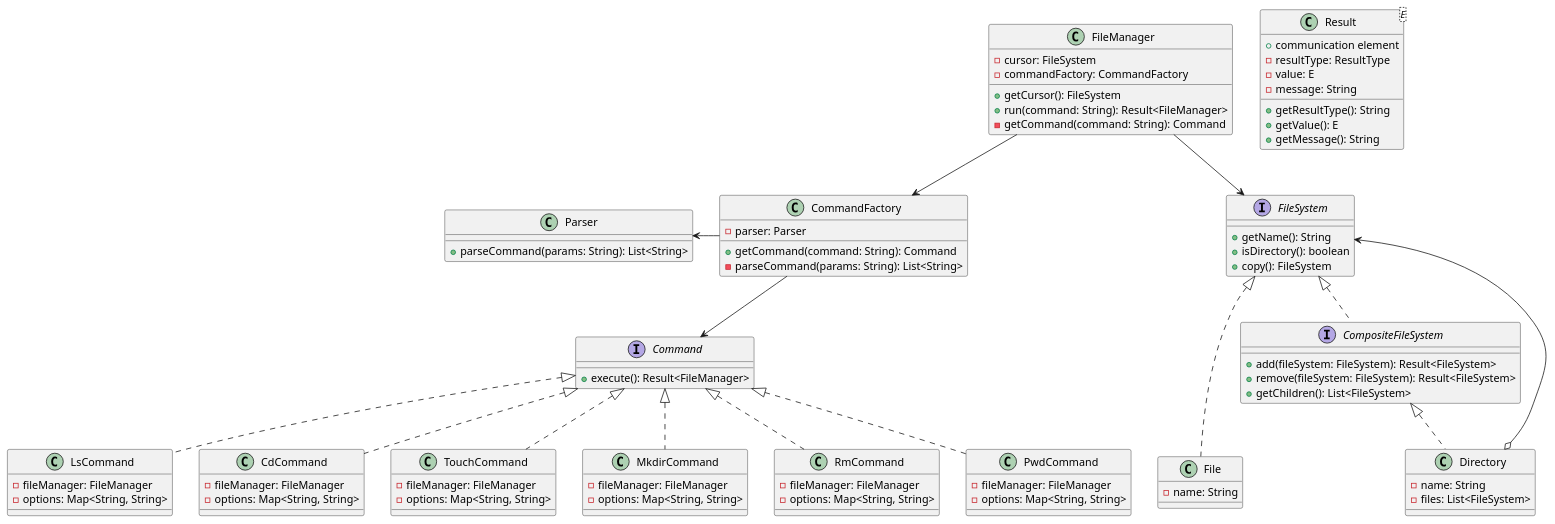
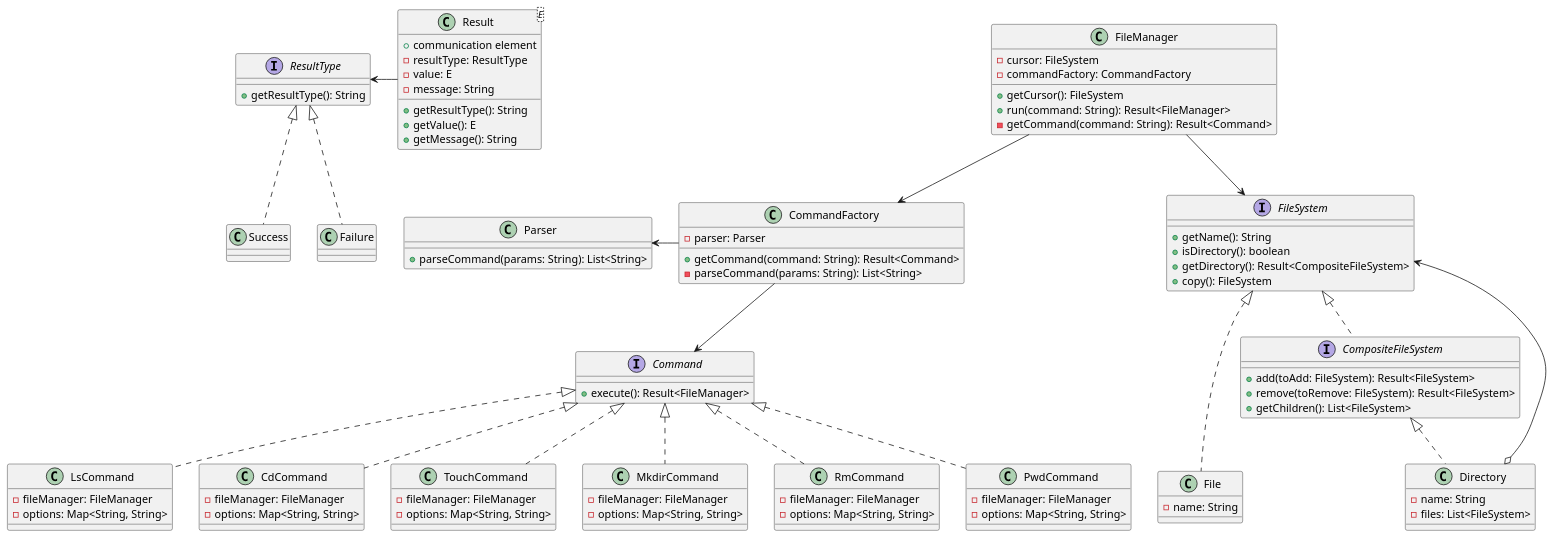
The diagram in diagramas/cliffordV1.puml (austral-ingsis-classroom/clifford-NachoCor2007), drawn with PlantUML before and after one commit. The commit also changed 1 other file, not shown here.

Commit message:
Updated class diagram

```diff
--- a/diagramas/cliffordV1.puml
+++ b/diagramas/cliffordV1.puml
@@ -1,108 +1,122 @@
 @startuml
+
+interface ResultType {
+  + getResultType(): String
+}
+
+ResultType <- Result
+
+class Success {}
+
+class Failure {}
+
+ResultType <|.. Success
+ResultType <|.. Failure
 
 class FileManager {
   - cursor: FileSystem
   - commandFactory: CommandFactory
   + getCursor(): FileSystem
   + run(command: String): Result<FileManager>
-  - getCommand(command: String): Command
+  - getCommand(command: String): Result<Command>
 }
 
 interface FileSystem {
   + getName(): String
   + isDirectory(): boolean
+  + getDirectory(): Result<CompositeFileSystem>
   + copy(): FileSystem
 }
 
 FileManager --> FileSystem
 
 class File {
   - name: String
 }
 
 FileSystem <|... File
 
 interface CompositeFileSystem {
-  + add(fileSystem: FileSystem): Result<FileSystem>
-  + remove(fileSystem: FileSystem): Result<FileSystem>
+  + add(toAdd: FileSystem): Result<FileSystem>
+  + remove(toRemove: FileSystem): Result<FileSystem>
   + getChildren(): List<FileSystem>
 }
 
 FileSystem <|.. CompositeFileSystem
 
 class Directory {
   - name: String
   - files: List<FileSystem>
 }
 
 CompositeFileSystem <|.. Directory
 FileSystem <--o Directory
 
 class CommandFactory {
   - parser: Parser
-  + getCommand(command: String): Command
+  + getCommand(command: String): Result<Command>
   - parseCommand(params: String): List<String>
 }
 
 FileManager --> CommandFactory
 
 class Parser {
   + parseCommand(params: String): List<String>
 }
 
 Parser <- CommandFactory
 
 interface Command {
   + execute(): Result<FileManager>
 }
 
 CommandFactory --> Command
 
 class LsCommand {
   - fileManager: FileManager
   - options: Map<String, String>
 }
 
 class CdCommand {
   - fileManager: FileManager
   - options: Map<String, String>
 }
 
 class TouchCommand {
   - fileManager: FileManager
   - options: Map<String, String>
 }
 
 class MkdirCommand {
   - fileManager: FileManager
   - options: Map<String, String>
 }
 
 class RmCommand {
   - fileManager: FileManager
   - options: Map<String, String>
 }
 
 class PwdCommand {
   - fileManager: FileManager
   - options: Map<String, String>
 }
 
 Command <|.. LsCommand
 Command <|.. CdCommand
 Command <|.. TouchCommand
 Command <|.. MkdirCommand
 Command <|.. RmCommand
 Command <|.. PwdCommand
 
 class Result<E> {
   + communication element
   - resultType: ResultType
   - value: E
   - message: String
   + getResultType(): String
   + getValue(): E
   + getMessage(): String
 }
 
 @enduml
```
